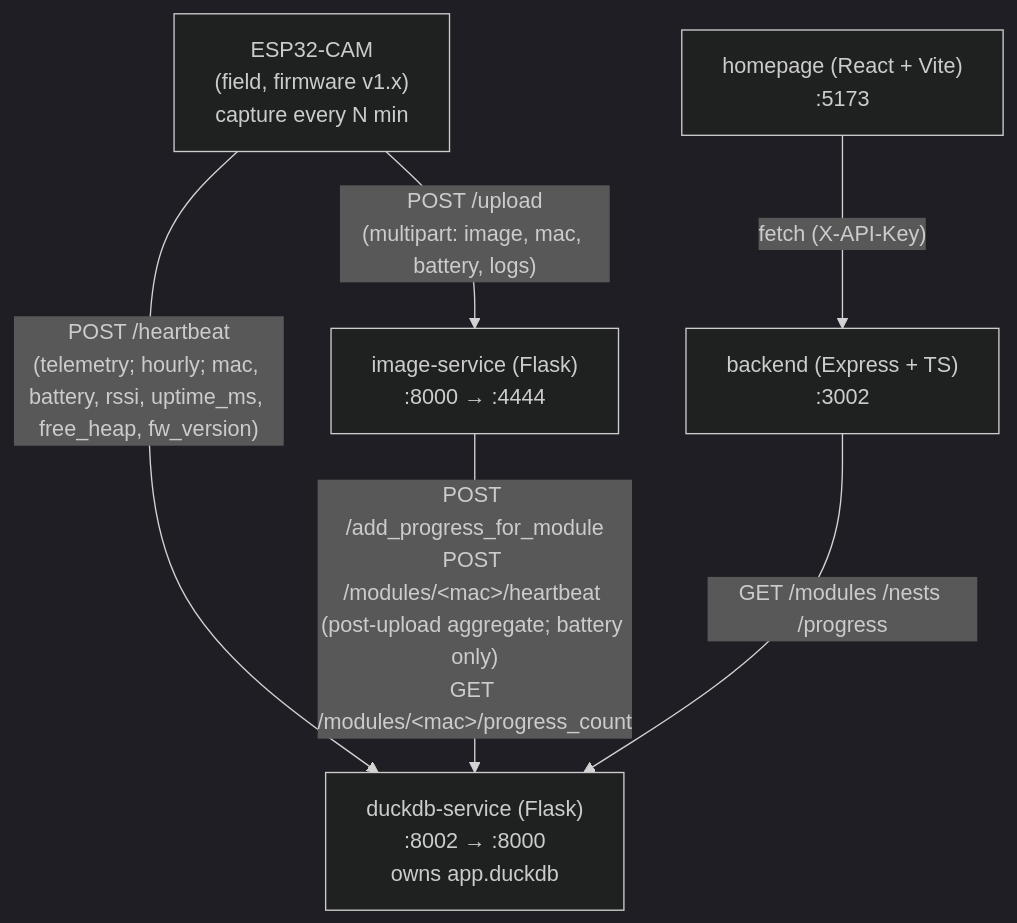
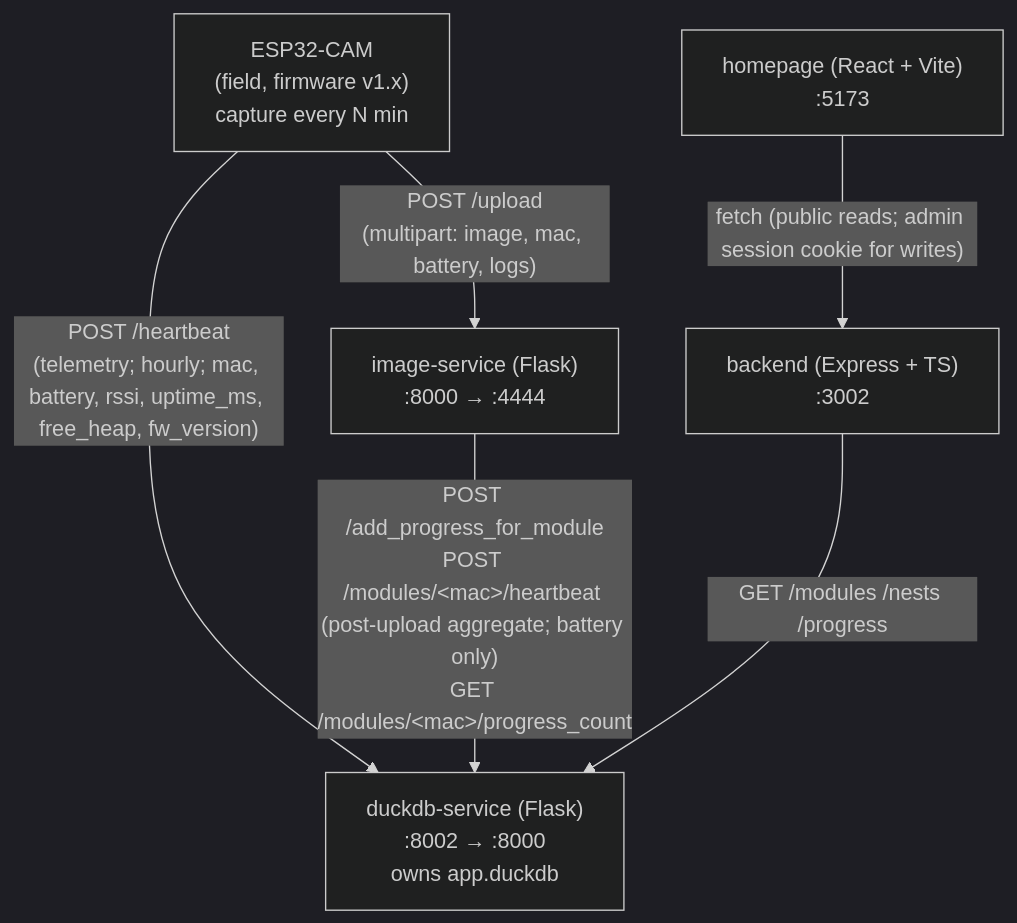
One commit to schutera/highfive changed the diagram in docs/05-building-block-view/README.md. Above: the diagram before and after it, drawn with Mermaid (dark theme). The commit also changed 52 other files, not shown here.

First line of the commit message:
fix(auth): remove bundle API secret; gate admin behind a real session (#142)

````diff
--- a/docs/05-building-block-view/README.md
+++ b/docs/05-building-block-view/README.md
@@ -24,14 +24,14 @@
 ```mermaid
 flowchart TD
     ESP["ESP32-CAM<br/>(field, firmware v1.x)<br/>capture every N min"]
     IMG["image-service (Flask)<br/>:8000 → :4444"]
     DDB["duckdb-service (Flask)<br/>:8002 → :8000<br/>owns app.duckdb"]
     BE["backend (Express + TS)<br/>:3002"]
     HP["homepage (React + Vite)<br/>:5173"]
 
     ESP -->|"POST /upload<br/>(multipart: image, mac, battery, logs)"| IMG
     ESP -->|"POST /heartbeat<br/>(telemetry; hourly; mac, battery, rssi, uptime_ms, free_heap, fw_version)"| DDB
     IMG -->|"POST /add_progress_for_module<br/>POST /modules/&lt;mac&gt;/heartbeat (post-upload aggregate; battery only)<br/>GET /modules/&lt;mac&gt;/progress_count"| DDB
     BE -->|"GET /modules /nests /progress"| DDB
-    HP -->|"fetch (X-API-Key)"| BE
+    HP -->|"fetch (public reads; admin session cookie for writes)"| BE
 ```
````
